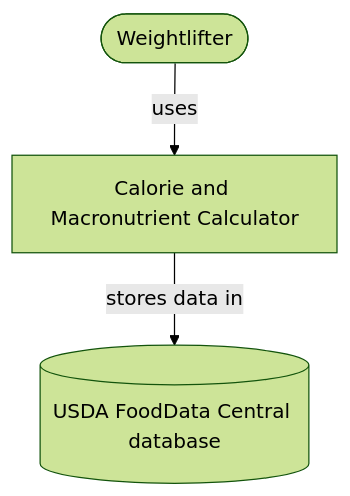
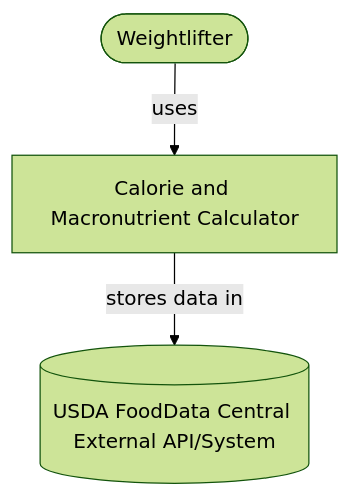
One commit to EShim003/cen5064-project-Shim changed the first of 4 diagrams in README.md. Above: the diagram before and after it, drawn with Mermaid (forest theme). The commit also changed other lines of this file, not shown here.

````diff
--- a/README.md
+++ b/README.md
@@ -42,6 +42,6 @@
 ```mermaid
 %% Replace this placeholder with YOUR system's context diagram.
 flowchart TB
     user([Weightlifter]) -->|uses| system[Calorie and Macronutrient Calculator]
-    system -->|stores data in| db[(USDA FoodData Central database)]
+    system -->|stores data in| db[(USDA FoodData Central External API/System)]
 ```
````
